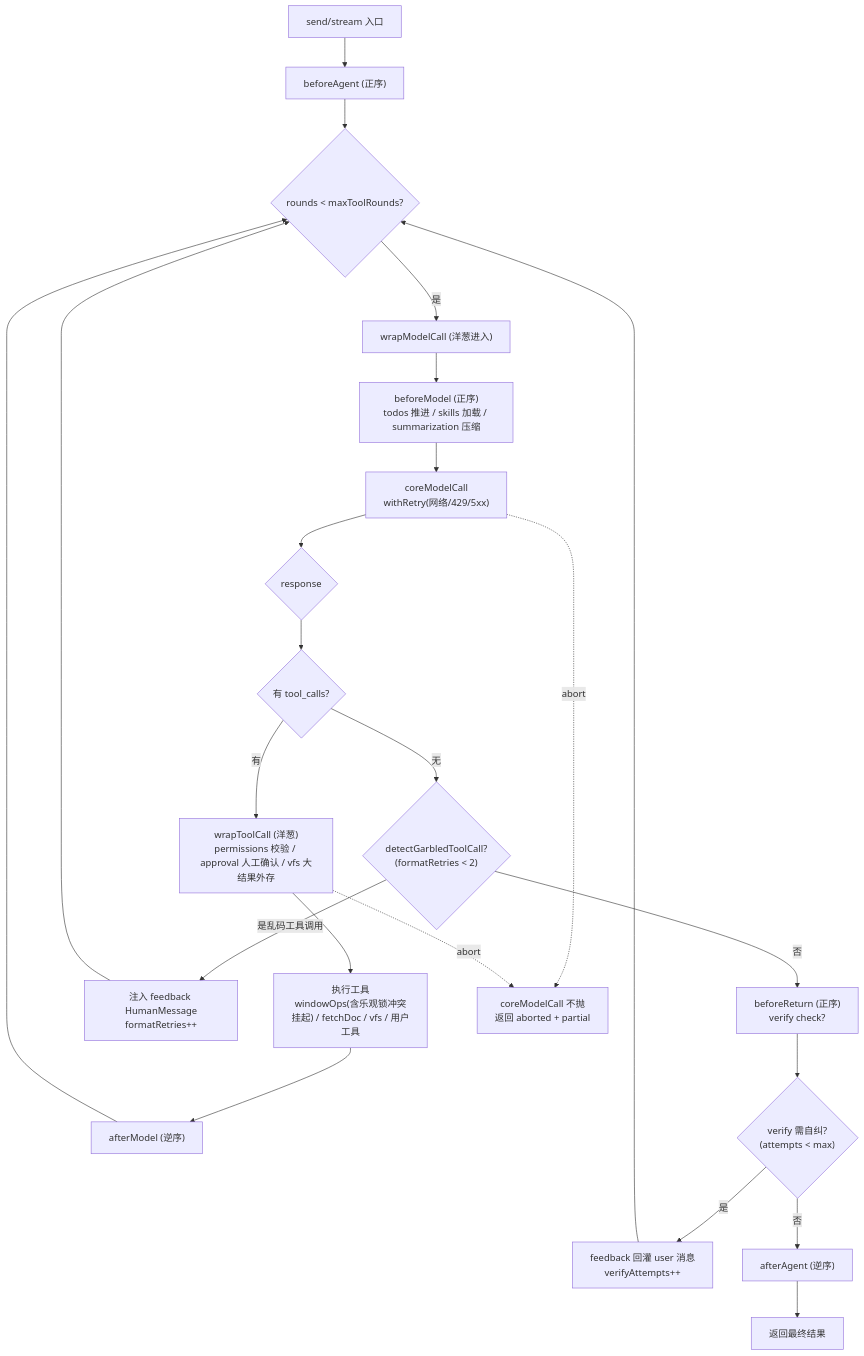
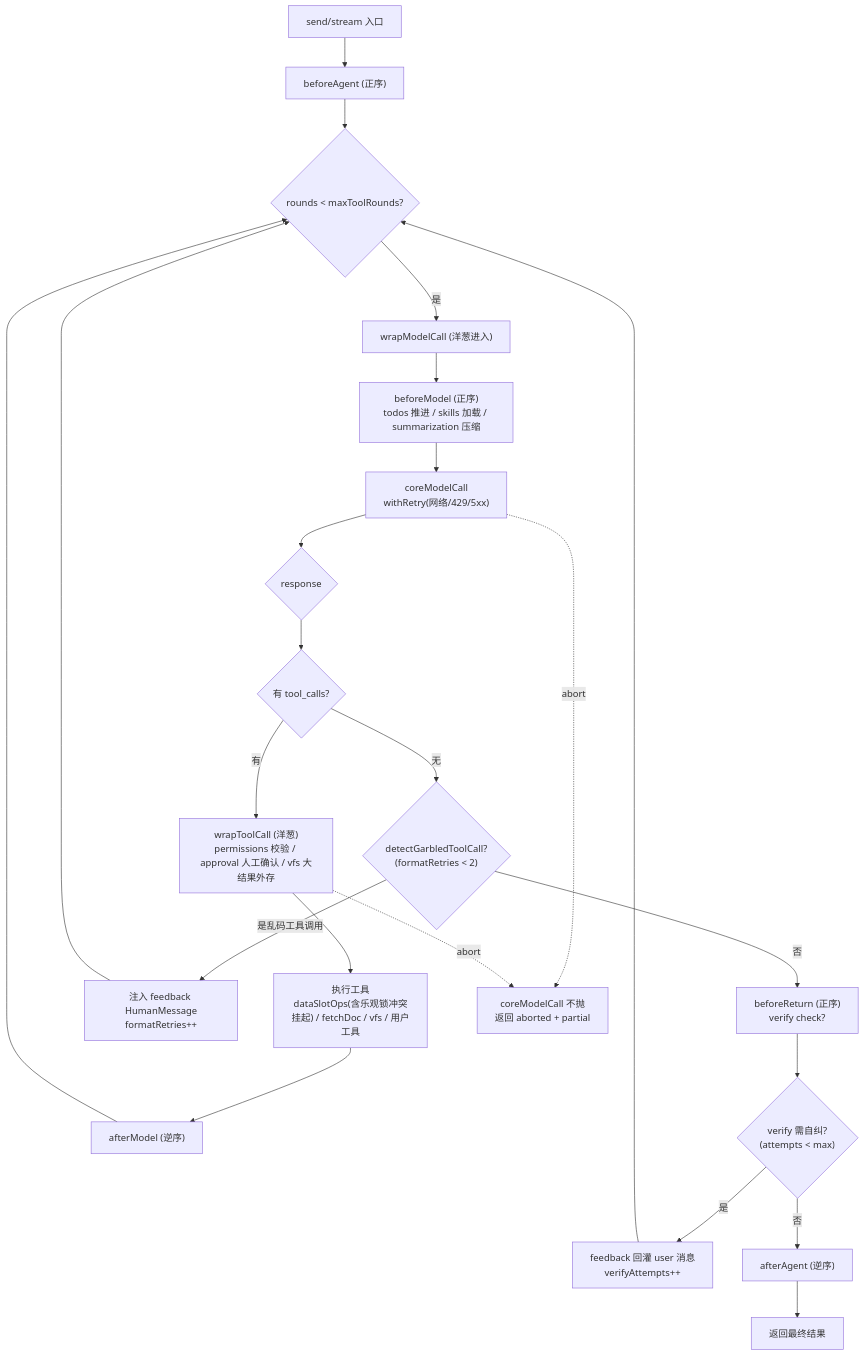
One commit to whyymj/chat-sdk changed the third of 6 diagrams in doc/architecture.md. Above: the diagram before and after it, drawn with Mermaid. The commit also changed other lines of this file and 88 other files, not shown here.

````diff
--- a/doc/architecture.md
+++ b/doc/architecture.md
@@ -82,25 +82,25 @@
 ```mermaid
 flowchart TD
   S["send/stream 入口"] --> B0["beforeAgent (正序)"]
   B0 --> LOOP{"rounds < maxToolRounds?"}
   LOOP -->|是| W0["wrapModelCall (洋葱进入)"]
   W0 --> BF["beforeModel (正序)<br/>todos 推进 / skills 加载 / summarization 压缩"]
   BF --> MC["coreModelCall<br/>withRetry(网络/429/5xx)"]
   MC --> RESP{response}
   RESP --> TC{有 tool_calls?}
   TC -->|有| WT["wrapToolCall (洋葱)<br/>permissions 校验 / approval 人工确认 / vfs 大结果外存"]
-  WT --> EX["执行工具<br/>windowOps(含乐观锁冲突挂起) / fetchDoc / vfs / 用户工具"]
+  WT --> EX["执行工具<br/>dataSlotOps(含乐观锁冲突挂起) / fetchDoc / vfs / 用户工具"]
   EX --> AM["afterModel (逆序)"]
   AM --> LOOP
   TC -->|无| FG{"detectGarbledToolCall?<br/>(formatRetries < 2)"}
   FG -->|是乱码工具调用| FB["注入 feedback HumanMessage<br/>formatRetries++"]
   FB --> LOOP
   FG -->|否| BR["beforeReturn (正序)<br/>verify check?"]
   BR --> VR{"verify 需自纠?<br/>(attempts < max)"}
   VR -->|是| VF["feedback 回灌 user 消息<br/>verifyAttempts++"]
   VF --> LOOP
   VR -->|否| AR["afterAgent (逆序)"]
   AR --> RT["返回最终结果"]
   MC -.abort.-> EXA["coreModelCall 不抛<br/>返回 aborted + partial"]
   WT -.abort.-> EXA
 ```
````
